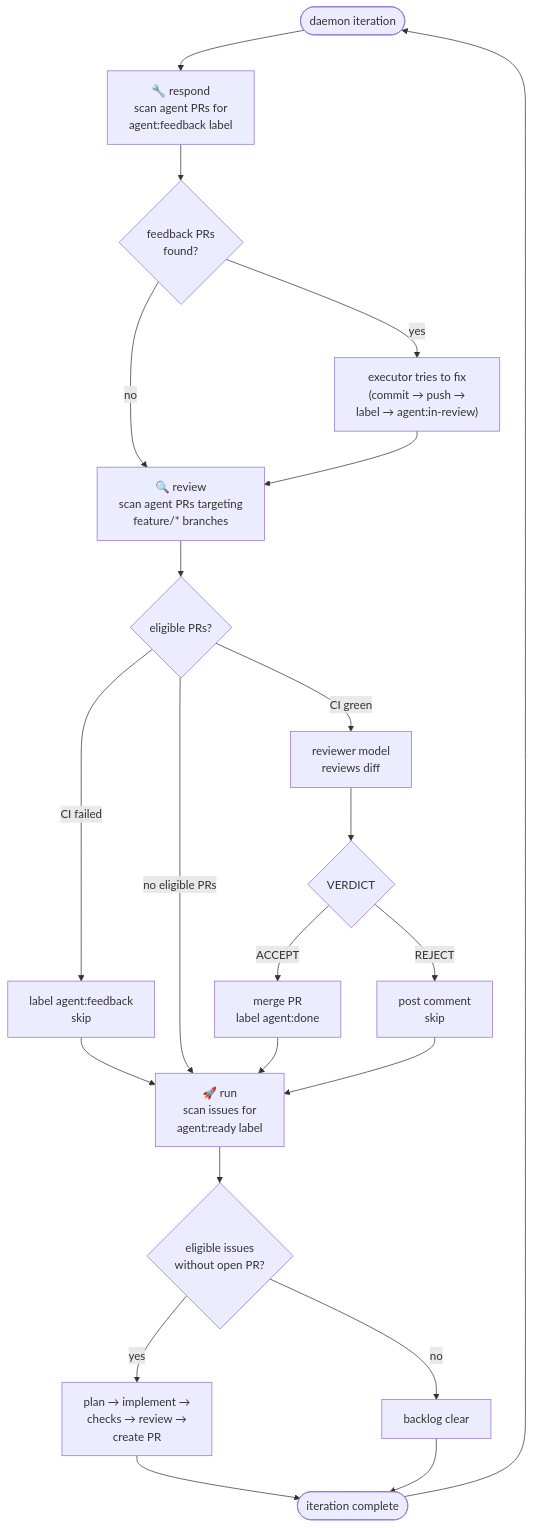
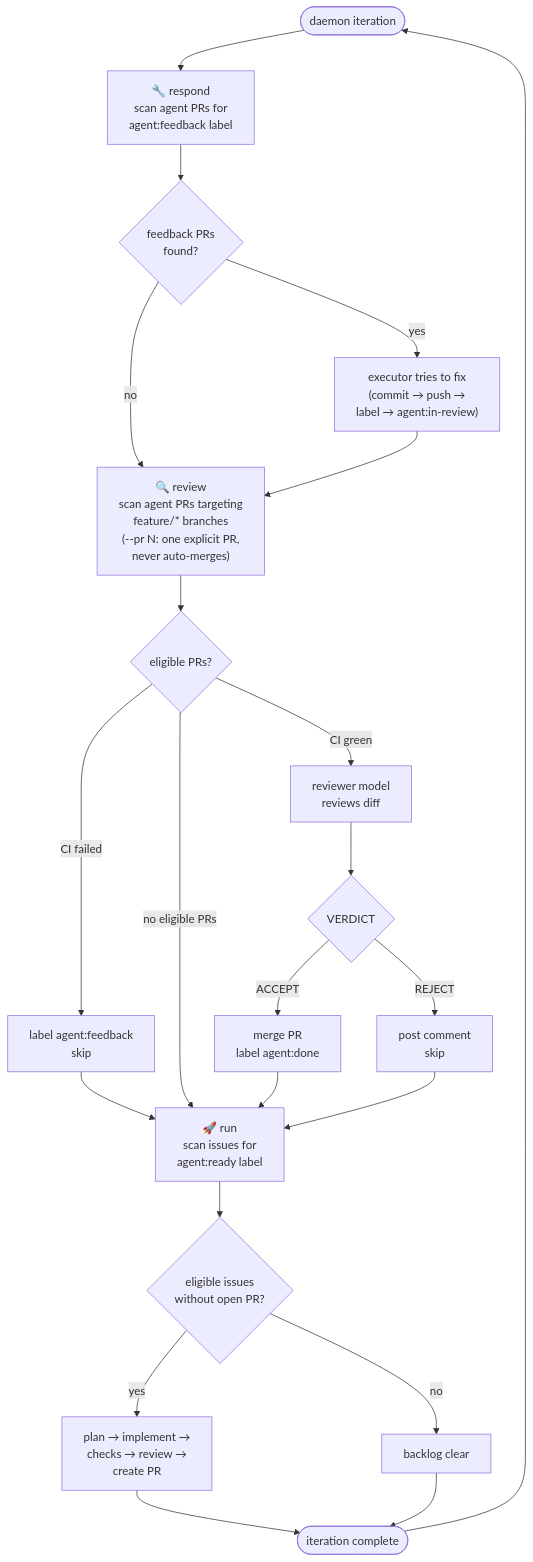
Before and after one commit to pizza-to-the-polls/democracy-delicious-agent: the diagram in README.md, drawn with Mermaid. The commit also changed other lines of this file and 4 other files, not shown here.

First line of the commit message:
feat(review): --pr N — explicit-PR review mode (never auto-merges)

````diff
--- a/README.md
+++ b/README.md
@@ -11,28 +11,28 @@
 ```mermaid
 flowchart TD
     START([daemon iteration]) --> RESPOND
 
     RESPOND["🔧 respond<br/>scan agent PRs for<br/>agent:feedback label"] --> RESPOND_Q{"feedback PRs<br/>found?"}
     RESPOND_Q -->|yes| RESPOND_FIX["executor tries to fix<br/>(commit → push →<br/>label → agent:in-review)"]
     RESPOND_Q -->|no| REVIEW
     RESPOND_FIX --> REVIEW
 
-    REVIEW["🔍 review<br/>scan agent PRs targeting<br/>feature/* branches"] --> REVIEW_Q{"eligible PRs?"}
+    REVIEW["🔍 review<br/>scan agent PRs targeting<br/>feature/* branches<br/>(--pr N: one explicit PR,<br/>never auto-merges)"] --> REVIEW_Q{"eligible PRs?"}
     REVIEW_Q -->|CI failed| REVIEW_FEEDBACK["label agent:feedback<br/>skip"]
     REVIEW_Q -->|CI green| REVIEW_MODEL["reviewer model<br/>reviews diff"]
     REVIEW_FEEDBACK --> RUN
     REVIEW_MODEL --> REVIEW_VERDICT{"VERDICT"}
     REVIEW_VERDICT -->|ACCEPT| MERGE["merge PR<br/>label agent:done"]
     REVIEW_VERDICT -->|REJECT| REVIEW_SKIP["post comment<br/>skip"]
     REVIEW_Q -->|no eligible PRs| RUN
     MERGE --> RUN
     REVIEW_SKIP --> RUN
 
     RUN["🚀 run<br/>scan issues for<br/>agent:ready label"] --> RUN_Q{"eligible issues<br/>without open PR?"}
     RUN_Q -->|yes| WORK["plan → implement →<br/>checks → review →<br/>create PR"]
     RUN_Q -->|no| IDLE["backlog clear"]
     WORK --> DONE
     IDLE --> DONE
 
     DONE([iteration complete]) --> START
 ```
````
